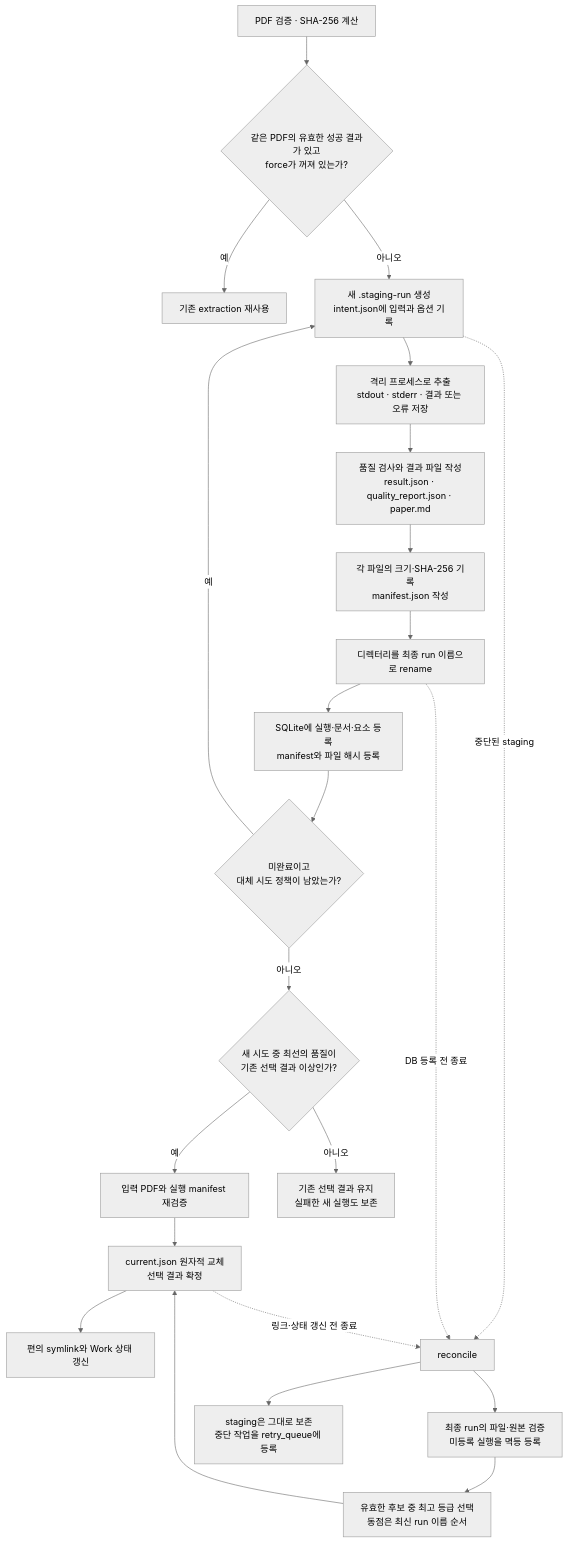
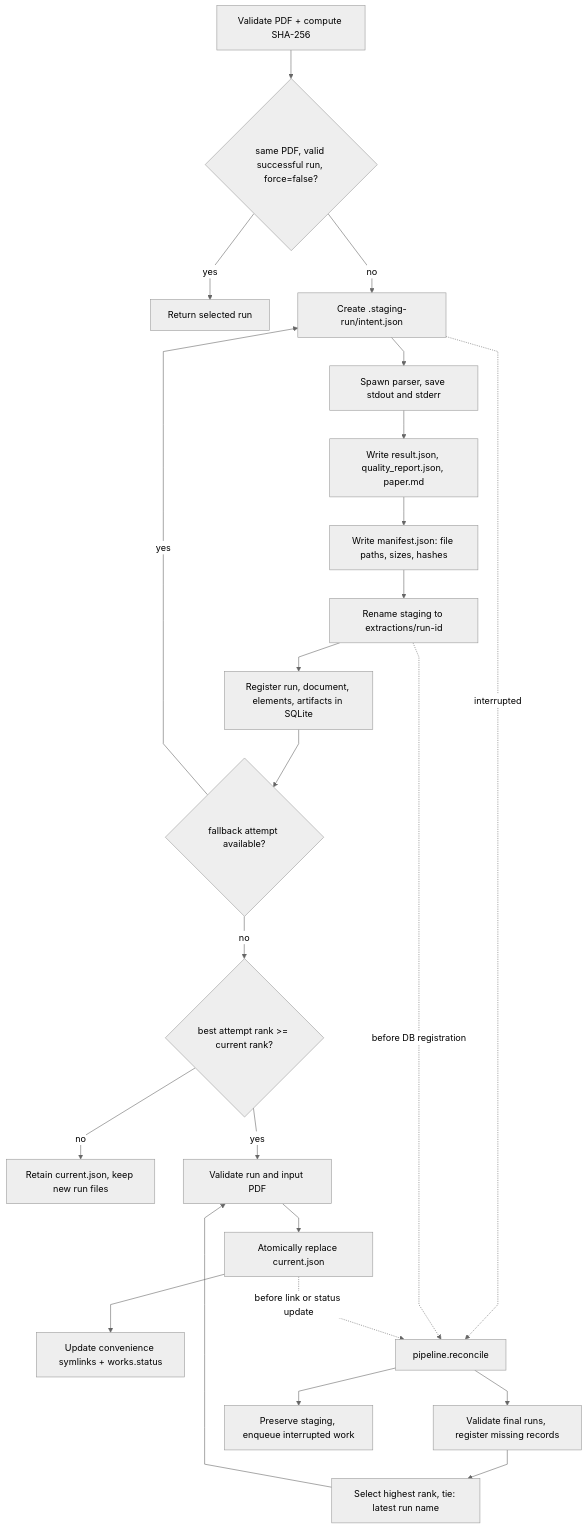
Before and after one commit to jongsu-king/openalex-corpus-harvester: the third of 5 diagrams in openalex_corpus/docs/ARCHITECTURE.md, drawn with Mermaid (neutral theme). The commit also changed other lines of this file and 12 other files, not shown here.

Commit message:
docs: rewrite references in English and redraw execution diagrams

````diff
--- a/openalex_corpus/docs/ARCHITECTURE.md
+++ b/openalex_corpus/docs/ARCHITECTURE.md
@@ -169,25 +185,26 @@
 ```mermaid
+%%{init: {'flowchart': {'curve': 'linear'}}}%%
 flowchart TD
-    Start["PDF 검증 · SHA-256 계산"] --> Existing{"같은 PDF의 유효한 성공 결과가 있고<br/>force가 꺼져 있는가?"}
-    Existing -->|예| Reuse["기존 extraction 재사용"]
-    Existing -->|아니오| Stage["새 .staging-run 생성<br/>intent.json에 입력과 옵션 기록"]
-    Stage --> Worker["격리 프로세스로 추출<br/>stdout · stderr · 결과 또는 오류 저장"]
-    Worker --> Result["품질 검사와 결과 파일 작성<br/>result.json · quality_report.json · paper.md"]
-    Result --> Manifest["각 파일의 크기·SHA-256 기록<br/>manifest.json 작성"]
-    Manifest --> Rename["디렉터리를 최종 run 이름으로 rename"]
-    Rename --> Register["SQLite에 실행·문서·요소 등록<br/>manifest와 파일 해시 등록"]
-    Register --> Recovery{"미완료이고<br/>대체 시도 정책이 남았는가?"}
-    Recovery -->|예| Stage
-    Recovery -->|아니오| Rank{"새 시도 중 최선의 품질이<br/>기존 선택 결과 이상인가?"}
-    Rank -->|예| Validate["입력 PDF와 실행 manifest 재검증"]
-    Validate --> Pointer["current.json 원자적 교체<br/>선택 결과 확정"]
-    Pointer --> Links["편의 symlink와 Work 상태 갱신"]
-    Rank -->|아니오| Keep["기존 선택 결과 유지<br/>실패한 새 실행도 보존"]
-    Stage -.->|중단된 staging| Reconcile["reconcile"]
-    Rename -.->|DB 등록 전 종료| Reconcile
-    Pointer -.->|링크·상태 갱신 전 종료| Reconcile
-    Reconcile --> Scan["최종 run의 파일·원본 검증<br/>미등록 실행을 멱등 등록"]
-    Scan --> Choose["유효한 후보 중 최고 등급 선택<br/>동점은 최신 run 이름 순서"]
-    Choose --> Pointer
-    Reconcile --> Retry["staging은 그대로 보존<br/>중단 작업을 retry_queue에 등록"]
+    Input["Validate PDF + compute SHA-256"] --> Reusable{"same PDF, valid successful run, force=false?"}
+    Reusable -->|yes| Reuse["Return selected run"]
+    Reusable -->|no| Stage["Create .staging-run/intent.json"]
+    Stage --> Worker["Spawn parser, save stdout and stderr"]
+    Worker --> Result["Write result.json, quality_report.json, paper.md"]
+    Result --> Manifest["Write manifest.json: file paths, sizes, hashes"]
+    Manifest --> Rename["Rename staging to extractions/run-id"]
+    Rename --> Register["Register run, document, elements, artifacts in SQLite"]
+    Register --> Retry{"fallback attempt available?"}
+    Retry -->|yes| Stage
+    Retry -->|no| Rank{"best attempt rank >= current rank?"}
+    Rank -->|no| Keep["Retain current.json, keep new run files"]
+    Rank -->|yes| Validate["Validate run and input PDF"]
+    Validate --> Pointer["Atomically replace current.json"]
+    Pointer --> Links["Update convenience symlinks + works.status"]
+    Stage -.->|interrupted| Reconcile["pipeline.reconcile"]
+    Rename -.->|before DB registration| Reconcile
+    Pointer -.->|before link or status update| Reconcile
+    Reconcile --> Scan["Validate final runs, register missing records"]
+    Scan --> Choose["Select highest rank, tie: latest run name"]
+    Choose --> Validate
+    Reconcile --> Queue["Preserve staging, enqueue interrupted work"]
 ```
````
